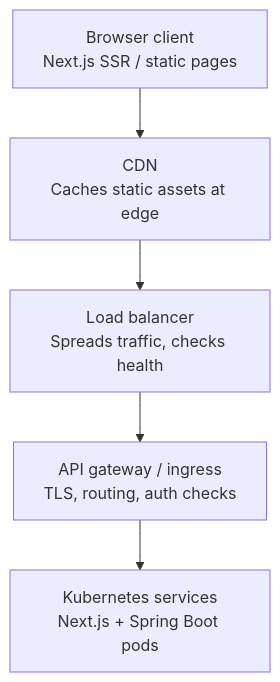
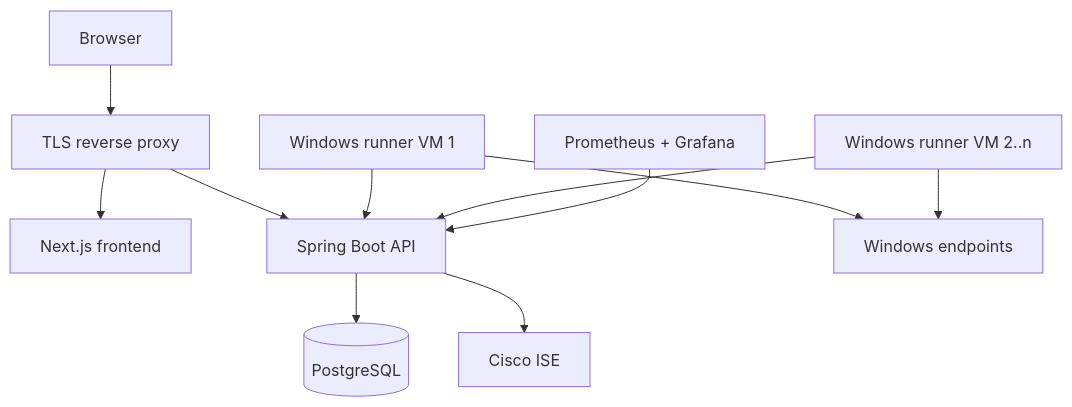
The diagram in Doc/ROADMAP.md (majordevbhargav/Endpoint-Posture-Java), drawn with Mermaid before and after one commit. The commit also changed other lines of this file and 10 other files, not shown here.

````diff
--- a/Doc/ROADMAP.md
+++ b/Doc/ROADMAP.md
@@ -75,7 +23,13 @@
 ```mermaid
 flowchart TD
-    A["Browser client<br/>Next.js SSR / static pages"] --> B["CDN<br/>Caches static assets at edge"]
-    B --> C["Load balancer<br/>Spreads traffic, checks health"]
-    C --> D["API gateway / ingress<br/>TLS, routing, auth checks"]
-    D --> E["Kubernetes services<br/>Next.js + Spring Boot pods"]
+    A["Browser"] --> P["TLS reverse proxy"]
+    P --> F["Next.js frontend"]
+    P --> B["Spring Boot API"]
+    B --> DB[("PostgreSQL")]
+    R1["Windows runner VM 1"] --> B
+    R2["Windows runner VM 2..n"] --> B
+    R1 --> EP["Windows endpoints"]
+    R2 --> EP
+    B --> ISE["Cisco ISE"]
+    PROM["Prometheus + Grafana"] --> B
 ```
````
